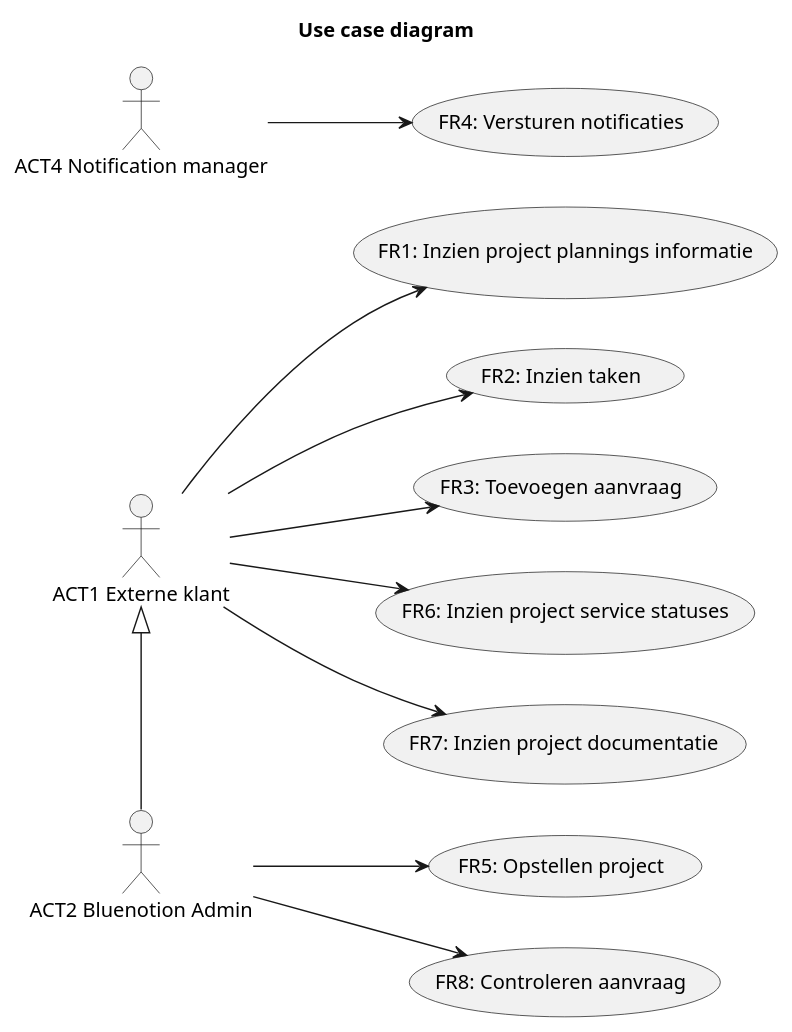
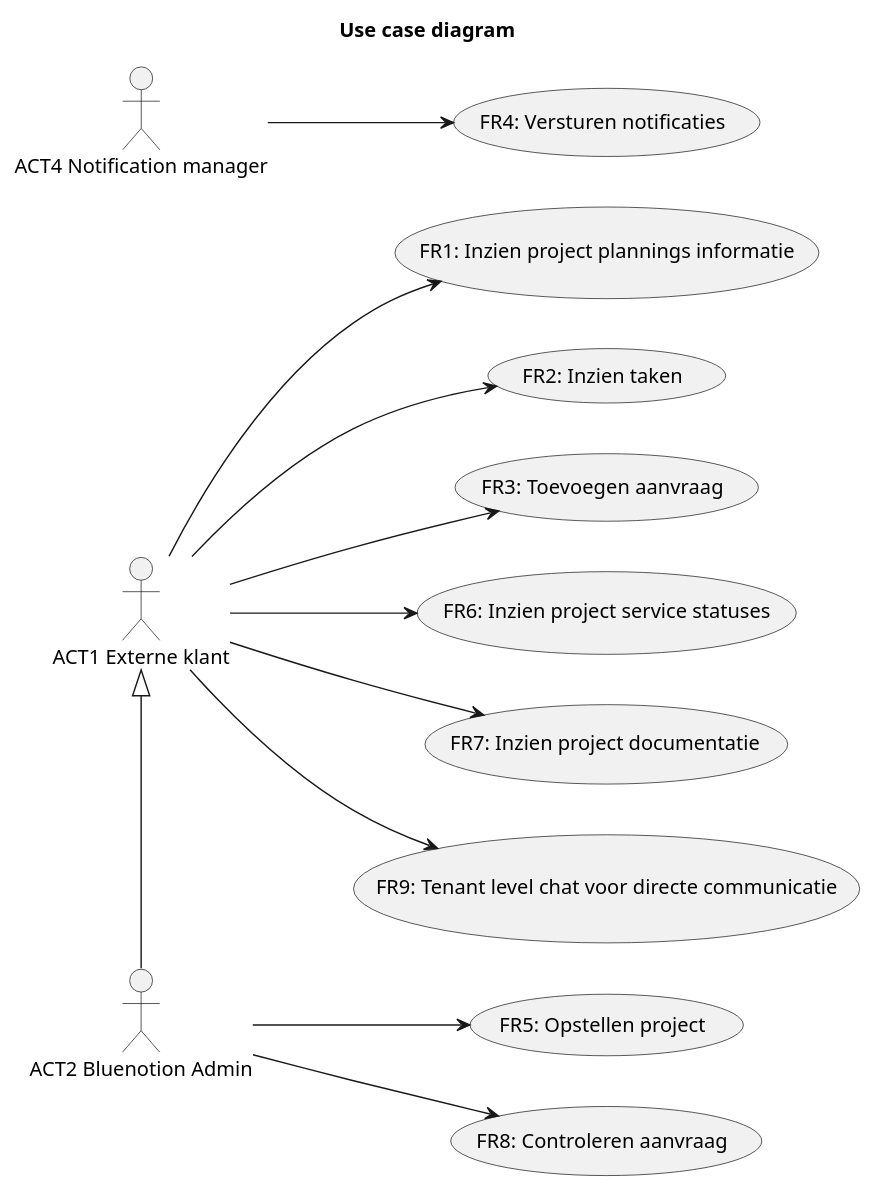
One commit to DCReceveur/pre-afstudeer-docs changed the third of 3 diagrams in Documentatie/FunctioneelOntwerp.md. Above: the diagram before and after it, drawn with PlantUML. The commit also changed other lines of this file and 12 other files, not shown here.

````diff
--- a/Documentatie/FunctioneelOntwerp.md
+++ b/Documentatie/FunctioneelOntwerp.md
@@ -306,30 +306,32 @@
 ```plantuml
 title Use case diagram
 left to right direction
 
 :ACT1 Externe klant: as KL
 :ACT2 Bluenotion Admin: as ADM
 :ACT4 Notification manager: as Notification
 
 (FR1: Inzien project plannings informatie) as FR1
 (FR2: Inzien taken) as FR2
 (FR3: Toevoegen aanvraag) as FR3
 (FR4: Versturen notificaties) as FR4
 (FR5: Opstellen project) as FR5
 (FR6: Inzien project service statuses) as FR6
 (FR7: Inzien project documentatie) as FR7
 (FR8: Controleren aanvraag) as FR8
+(FR9: Tenant level chat voor directe communicatie) as FR9
 
 KL -DOWN-> FR1
 KL -DOWN-> FR2
 KL -DOWN-> FR3
 KL -DOWN-> FR6
 KL -DOWN-> FR7
+KL -DOWN-> FR9
 
 ADM-DOWN->FR5
 ADM-DOWN->FR8
 Notification-DOWN->FR4
 
 ADM-LEFT-|>KL
 
 ```
````
